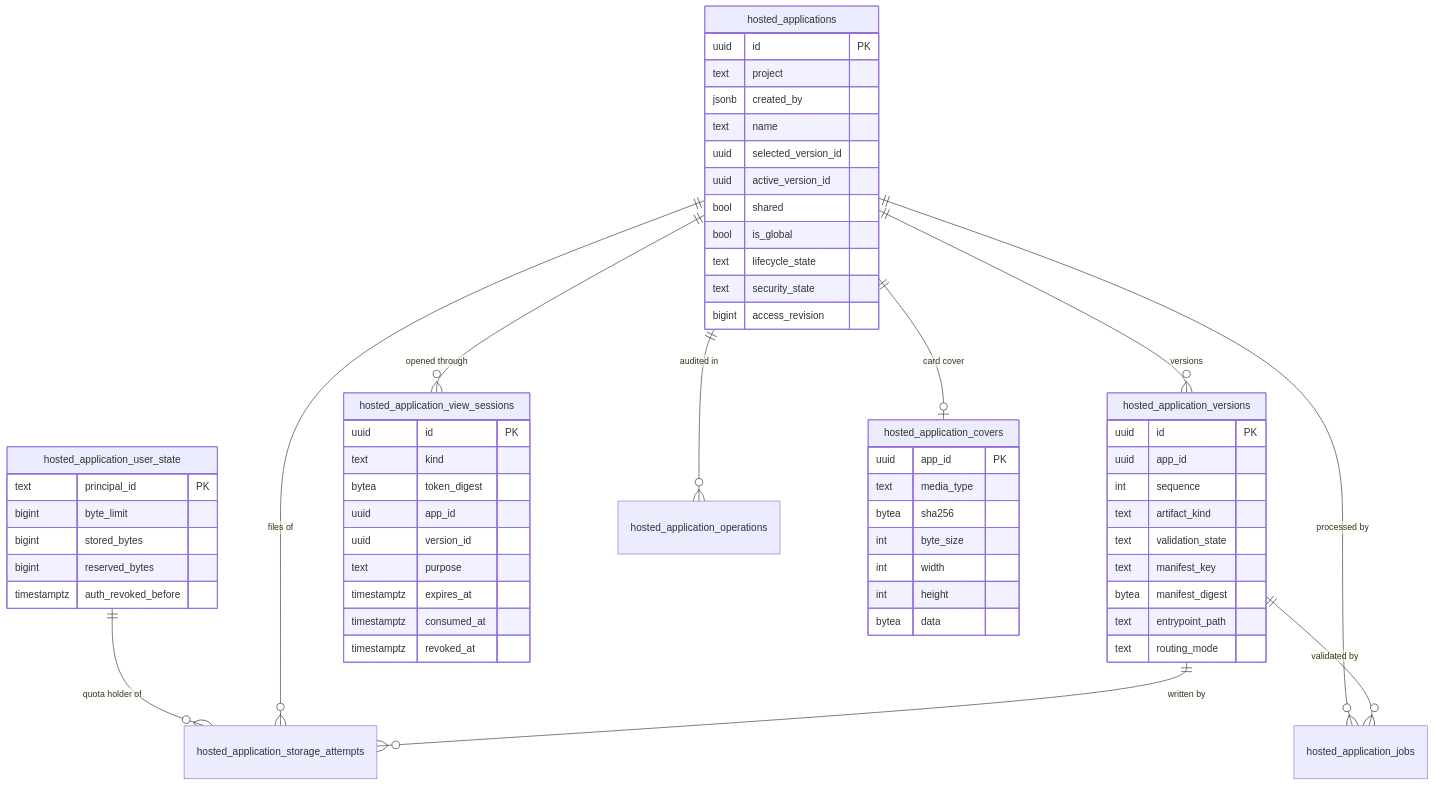
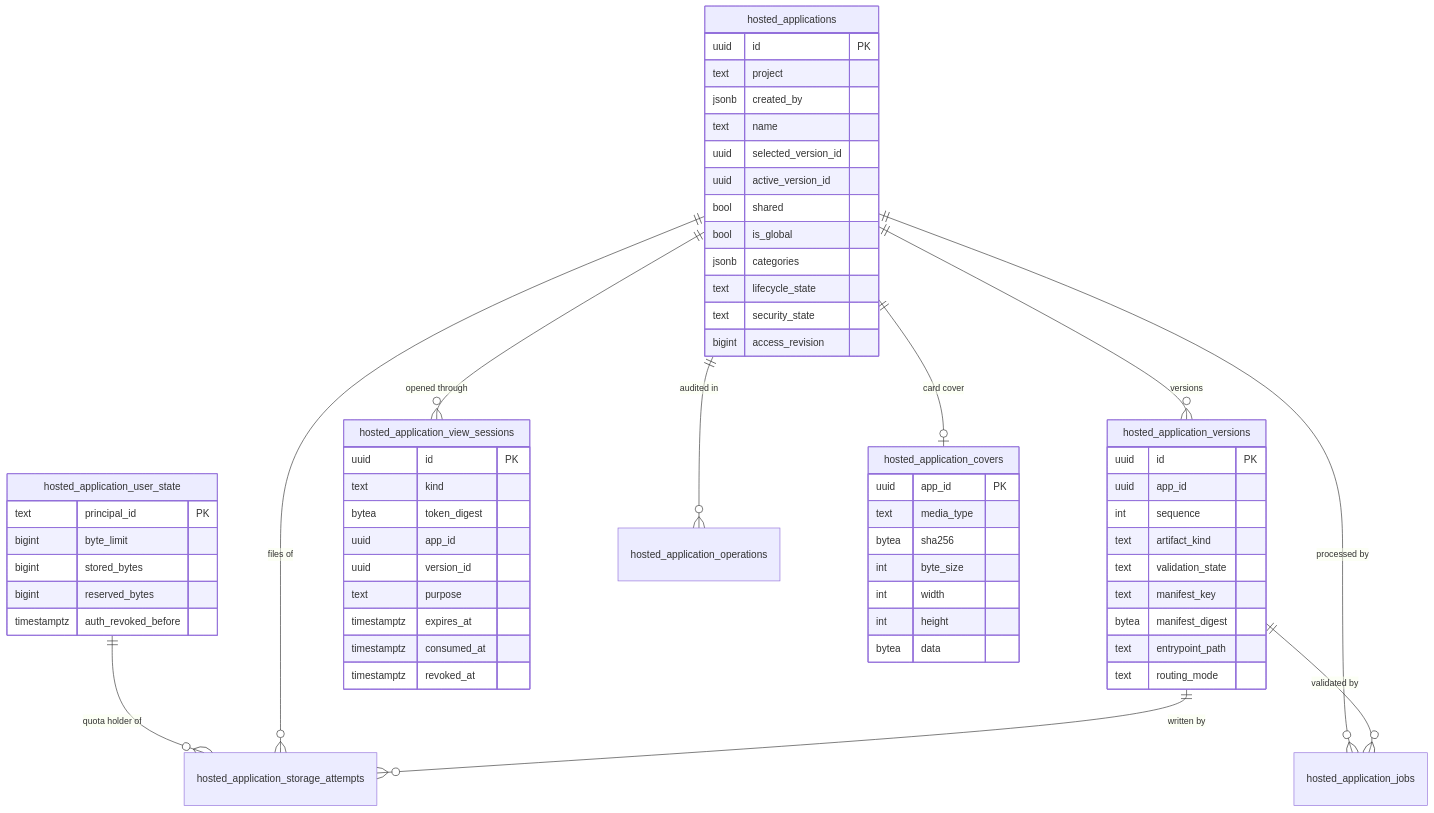
The third of 10 diagrams in docs/hosted-applications/architecture.md (codemie-ai/codemie), drawn with Mermaid before and after one commit. The commit also changed other lines of this file and 37 other files, not shown here.

````diff
--- a/docs/hosted-applications/architecture.md
+++ b/docs/hosted-applications/architecture.md
@@ -120,64 +120,65 @@
 ```mermaid
 erDiagram
     hosted_application_user_state ||--o{ hosted_application_storage_attempts : "quota holder of"
     hosted_applications ||--o{ hosted_application_versions : versions
     hosted_applications ||--o{ hosted_application_storage_attempts : "files of"
     hosted_applications ||--o{ hosted_application_jobs : "processed by"
     hosted_application_versions ||--o{ hosted_application_storage_attempts : "written by"
     hosted_application_versions ||--o{ hosted_application_jobs : "validated by"
     hosted_applications ||--o{ hosted_application_view_sessions : "opened through"
     hosted_applications ||--o{ hosted_application_operations : "audited in"
     hosted_applications ||--o| hosted_application_covers : "card cover"
 
     hosted_application_user_state {
         text principal_id PK
         bigint byte_limit
         bigint stored_bytes
         bigint reserved_bytes
         timestamptz auth_revoked_before
     }
     hosted_applications {
         uuid id PK
         text project
         jsonb created_by
         text name
         uuid selected_version_id
         uuid active_version_id
         bool shared
         bool is_global
+        jsonb categories
         text lifecycle_state
         text security_state
         bigint access_revision
     }
     hosted_application_versions {
         uuid id PK
         uuid app_id
         int sequence
         text artifact_kind
         text validation_state
         text manifest_key
         bytea manifest_digest
         text entrypoint_path
         text routing_mode
     }
     hosted_application_view_sessions {
         uuid id PK
         text kind
         bytea token_digest
         uuid app_id
         uuid version_id
         text purpose
         timestamptz expires_at
         timestamptz consumed_at
         timestamptz revoked_at
     }
     hosted_application_covers {
         uuid app_id PK
         text media_type
         bytea sha256
         int byte_size
         int width
         int height
         bytea data
     }
 ```
````
